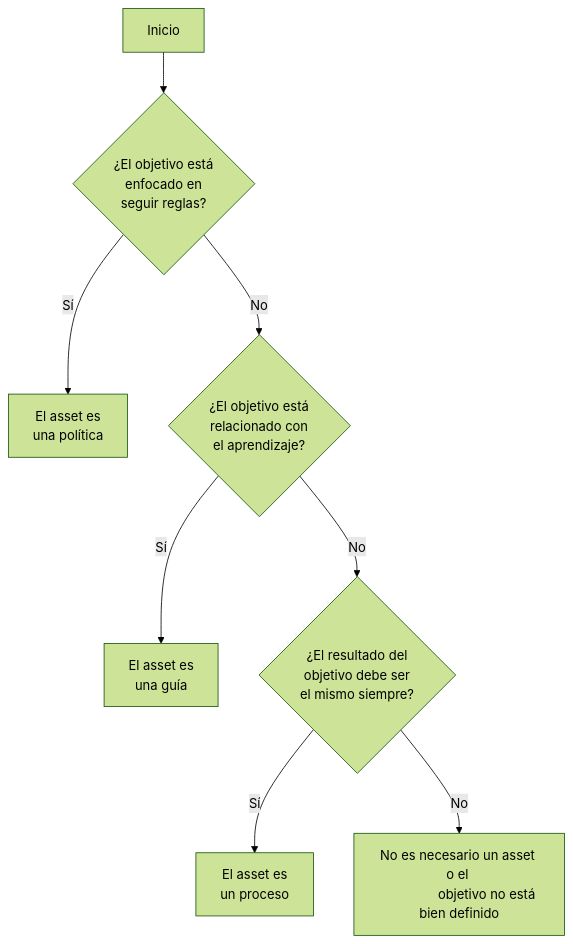
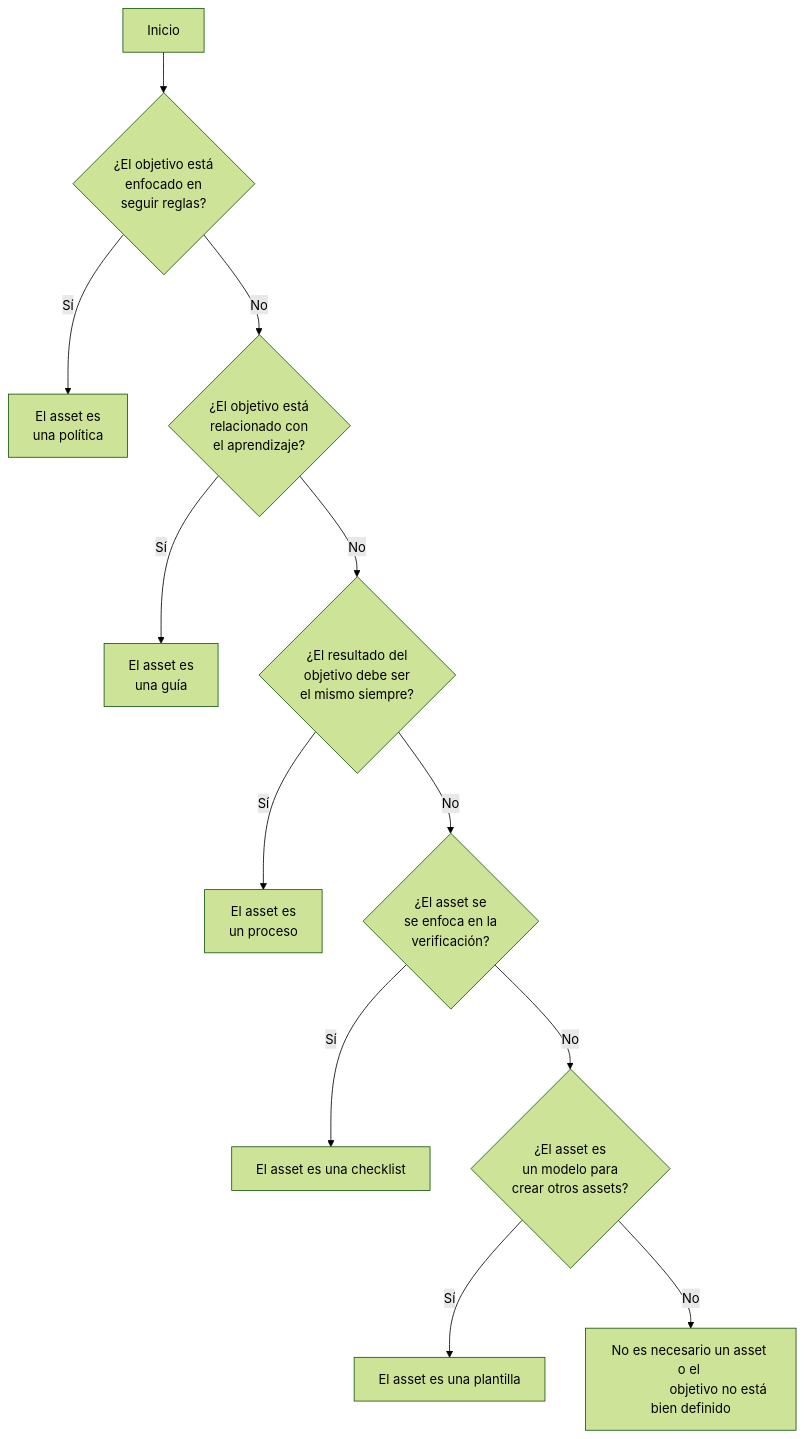
Before and after one commit to Taro-IT/docs: the diagram in docs/guias/G02-guia-definicion-assets.md, drawn with Mermaid (forest theme). The commit also changed other lines of this file, not shown here.

Commit message:
feat: Agregar plantillas y checklists a G02
Se modifica el árbol de decisiones y las características para tomar en
cuenta las plantillas y checklists.
Referencia #15

````diff
--- a/docs/guias/G02-guia-definicion-assets.md
+++ b/docs/guias/G02-guia-definicion-assets.md
@@ -17,20 +17,28 @@
 ```mermaid
 flowchart TD
     A[Inicio] --> B{"¿El objetivo está 
                     enfocado en 
                     seguir reglas?"};
     B -->|Sí| C["El asset es 
                 una política"];
     B -->|No| D{"¿El objetivo está
                 relacionado con
                 el aprendizaje?"}
     D -->|Sí| E["El asset es 
                 una guía"]
     D -->|No| F{"¿El resultado del
                 objetivo debe ser
                 el mismo siempre?"}
     F -->|Sí| G["El asset es 
                 un proceso"]
-    F -->|No| H["No es necesario un asset o el 
+    F -->|No| H{"¿El asset se
+                se enfoca en la
+                verificación?"}
+    H -->|Sí| I["El asset es una checklist"]
+    H -->|No| J{"¿El asset es
+                un modelo para
+                crear otros assets?"}
+    J -->|Sí| K["El asset es una plantilla"]
+    J -->|No| L["No es necesario un asset o el 
                 objetivo no está bien definido"]
 ```
````
